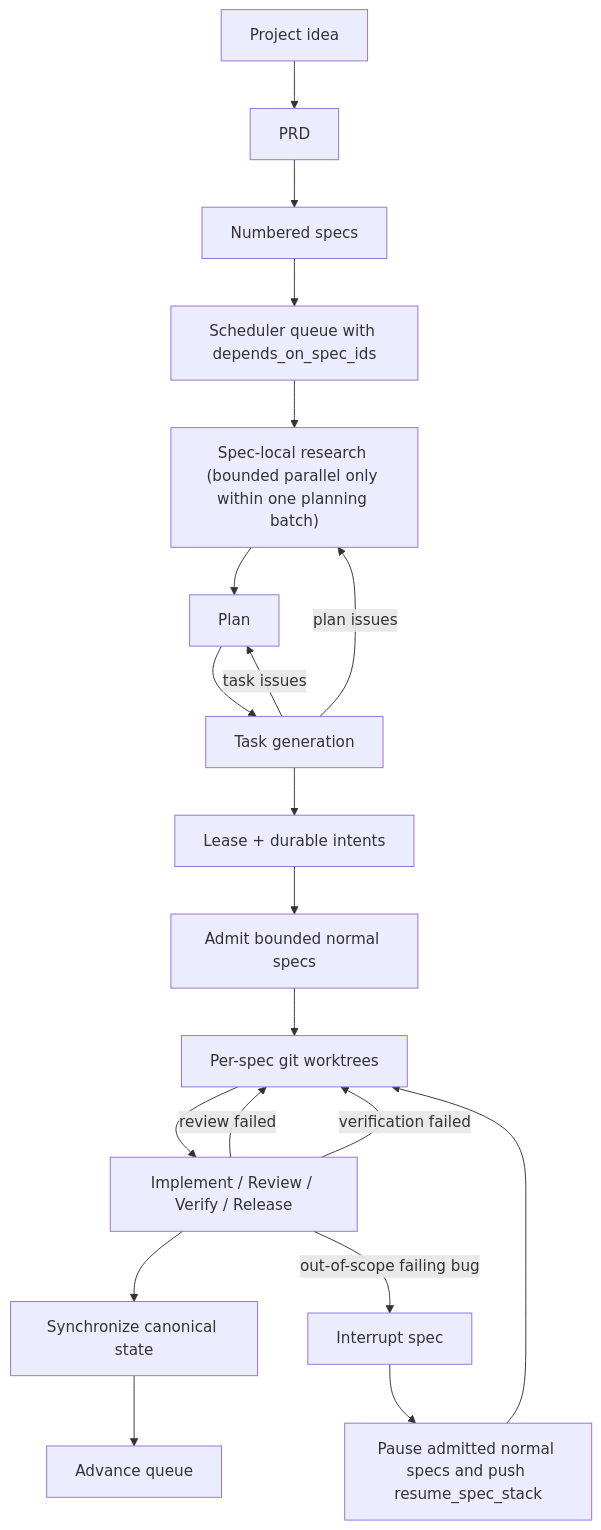
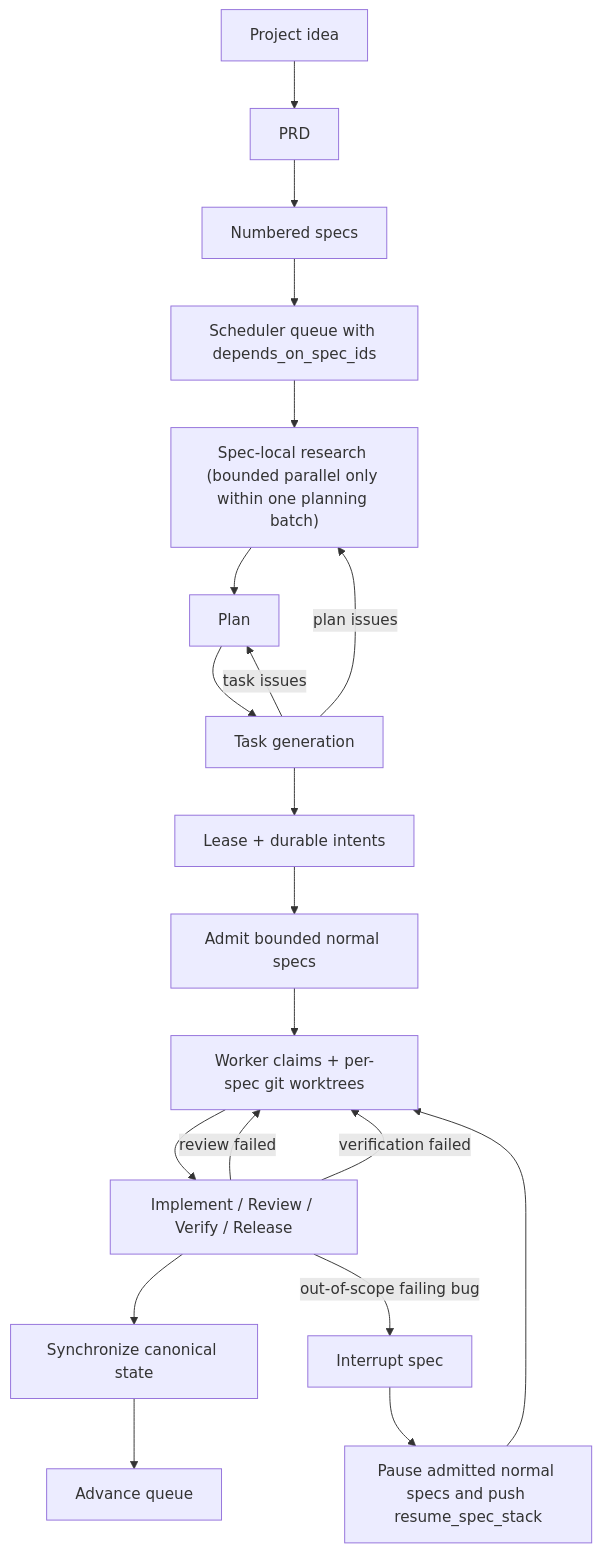
The diagram in README.md (tolulawson/ralph-harness), drawn with Mermaid before and after one commit. The commit also changed other lines of this file and 64 other files, not shown here.

````diff
--- a/README.md
+++ b/README.md
@@ -146,22 +147,22 @@
 ```mermaid
 flowchart TD
     A["Project idea"] --> B["PRD"]
     B --> C["Numbered specs"]
     C --> D["Scheduler queue with depends_on_spec_ids"]
     D --> E["Spec-local research (bounded parallel only within one planning batch)"]
     E --> F["Plan"]
     F --> G["Task generation"]
     G --> H["Lease + durable intents"]
     H --> I["Admit bounded normal specs"]
-    I --> J["Per-spec git worktrees"]
+    I --> J["Worker claims + per-spec git worktrees"]
     J --> K["Implement / Review / Verify / Release"]
     K --> L["Synchronize canonical state"]
     L --> M["Advance queue"]
     G -- "plan issues" --> E
     G -- "task issues" --> F
     K -- "review failed" --> J
     K -- "verification failed" --> J
     K -- "out-of-scope failing bug" --> N["Interrupt spec"]
     N --> O["Pause admitted normal specs and push resume_spec_stack"]
     O --> J
 ```
````
